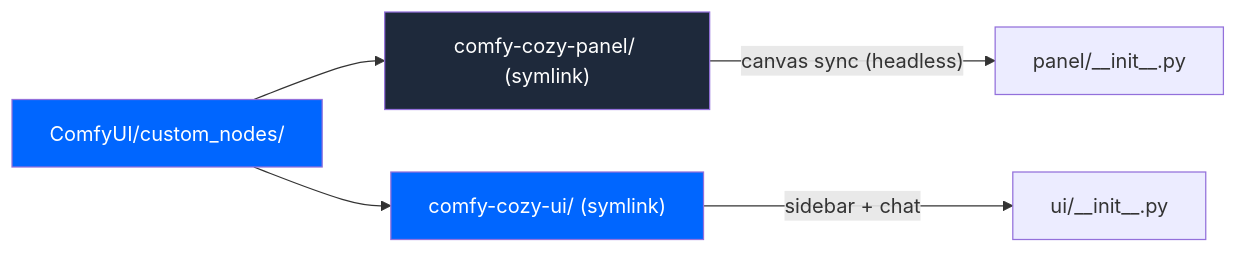
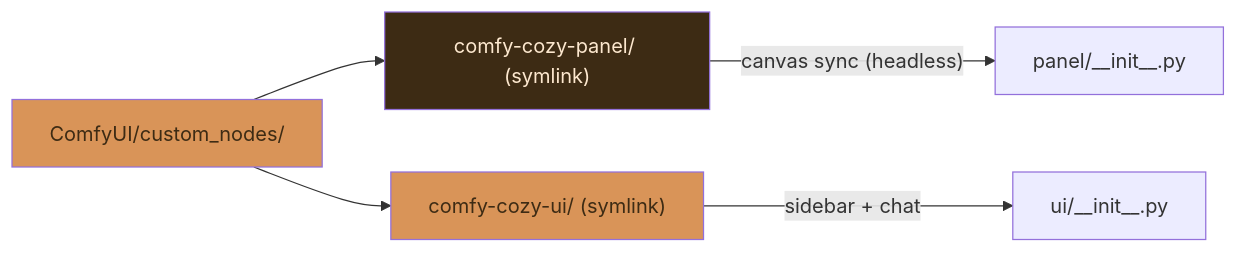
Before and after one commit to JosephOIbrahim/Comfy-Cozy: the third of 25 diagrams in README.md, drawn with Mermaid. The commit also changed other lines of this file, not shown here.

First line of the commit message:
[DOCS] Unify mermaid palette across 25 diagrams (warm amber/brown)

````diff
--- a/README.md
+++ b/README.md
@@ -200,11 +200,11 @@
 ```mermaid
 graph LR
     CN["ComfyUI/custom_nodes/"] --> P["comfy-cozy-panel/ (symlink)"]
     CN --> U["comfy-cozy-ui/ (symlink)"]
     P -->|"canvas sync (headless)"| Panel["panel/__init__.py"]
     U -->|"sidebar + chat"| UI["ui/__init__.py"]
 
-    style CN fill:#0066FF,color:#fff
-    style P fill:#1e293b,color:#fff
-    style U fill:#0066FF,color:#fff
+    style CN fill:#d99458,color:#3d2b14
+    style P fill:#3d2b14,color:#fde8cf
+    style U fill:#d99458,color:#3d2b14
 ```
````
